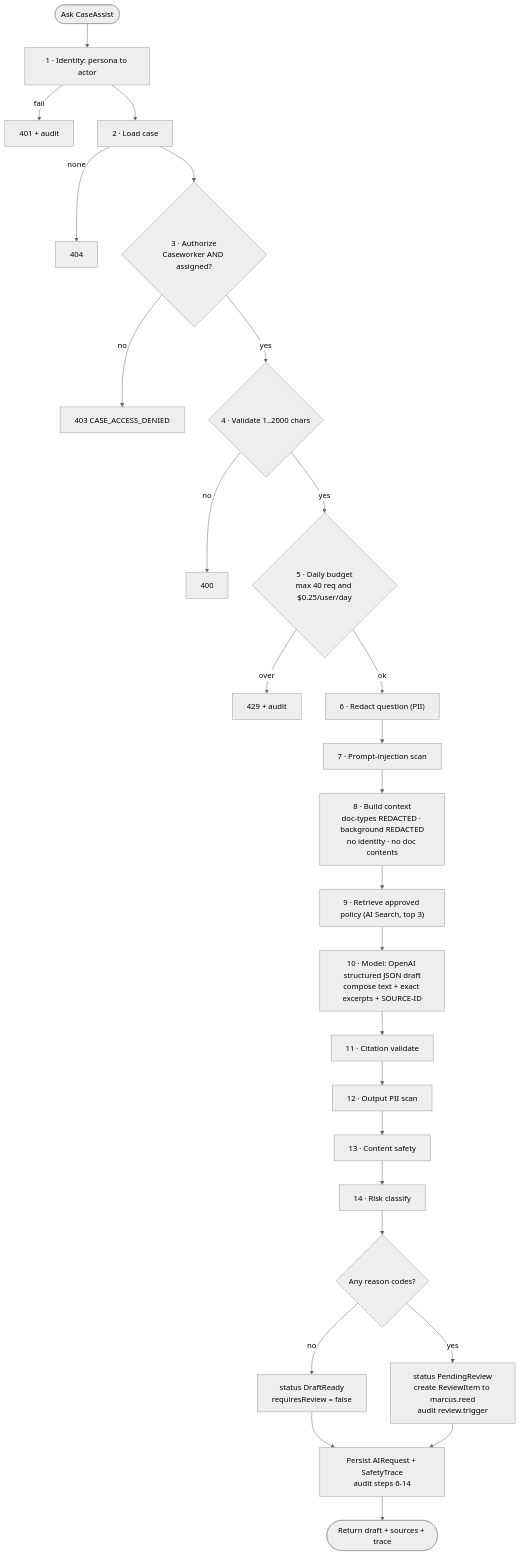
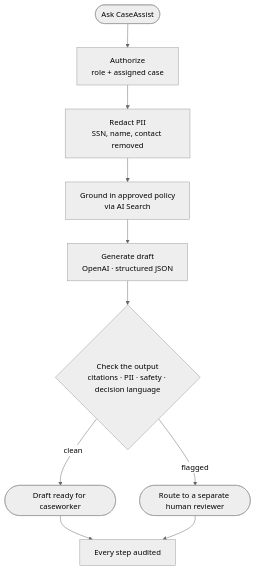
One commit to Jrjoseph831/northstar-caseassist changed the diagram in docs/diagrams/diagram-3.mmd. Above: the diagram before and after it, drawn with Mermaid (neutral theme). The commit also changed 6 other files, not shown here.

First line of the commit message:
Rewrite architecture doc: plainer language, simpler diagrams

```diff
--- a/docs/diagrams/diagram-3.mmd
+++ b/docs/diagrams/diagram-3.mmd
@@ -1,26 +1,10 @@
 flowchart TD
-    START(["Ask CaseAssist"]) --> A1["1 · Identity: persona to actor"]
-    A1 -->|"fail"| E401["401 + audit"]
-    A1 --> A2["2 · Load case"]
-    A2 -->|"none"| E404["404"]
-    A2 --> A3{"3 · Authorize<br/>Caseworker AND assigned?"}
-    A3 -->|"no"| E403["403 CASE_ACCESS_DENIED"]
-    A3 -->|"yes"| A4{"4 · Validate 1..2000 chars"}
-    A4 -->|"no"| E400["400"]
-    A4 -->|"yes"| A5{"5 · Daily budget<br/>max 40 req and $0.25/user/day"}
-    A5 -->|"over"| E429["429 + audit"]
-    A5 -->|"ok"| B6["6 · Redact question (PII)"]
-    B6 --> B7["7 · Prompt-injection scan"]
-    B7 --> B8["8 · Build context<br/>doc-types REDACTED · background REDACTED<br/>no identity · no doc contents"]
-    B8 --> B9["9 · Retrieve approved policy (AI Search, top 3)"]
-    B9 --> C10["10 · Model: OpenAI structured JSON draft<br/>compose text + exact excerpts + SOURCE-ID"]
-    C10 --> D11["11 · Citation validate"]
-    D11 --> D12["12 · Output PII scan"]
-    D12 --> D13["13 · Content safety"]
-    D13 --> D14["14 · Risk classify"]
-    D14 --> DEC{"Any reason codes?"}
-    DEC -->|"no"| DRAFT["status DraftReady<br/>requiresReview = false"]
-    DEC -->|"yes"| REVIEW["status PendingReview<br/>create ReviewItem to marcus.reed<br/>audit review.trigger"]
-    DRAFT --> PERSIST["Persist AIRequest + SafetyTrace<br/>audit steps 6-14"]
-    REVIEW --> PERSIST
-    PERSIST --> RESP(["Return draft + sources + trace"])
+    Q(["Ask CaseAssist"]) --> AUTH["Authorize<br/>role + assigned case"]
+    AUTH --> REDACT["Redact PII<br/>SSN, name, contact removed"]
+    REDACT --> GROUND["Ground in approved policy<br/>via AI Search"]
+    GROUND --> GEN["Generate draft<br/>OpenAI · structured JSON"]
+    GEN --> CHECK{"Check the output<br/>citations · PII · safety · decision language"}
+    CHECK -->|"clean"| DRAFT(["Draft ready for caseworker"])
+    CHECK -->|"flagged"| HUMAN(["Route to a separate human reviewer"])
+    DRAFT --> AUDIT["Every step audited"]
+    HUMAN --> AUDIT
```
